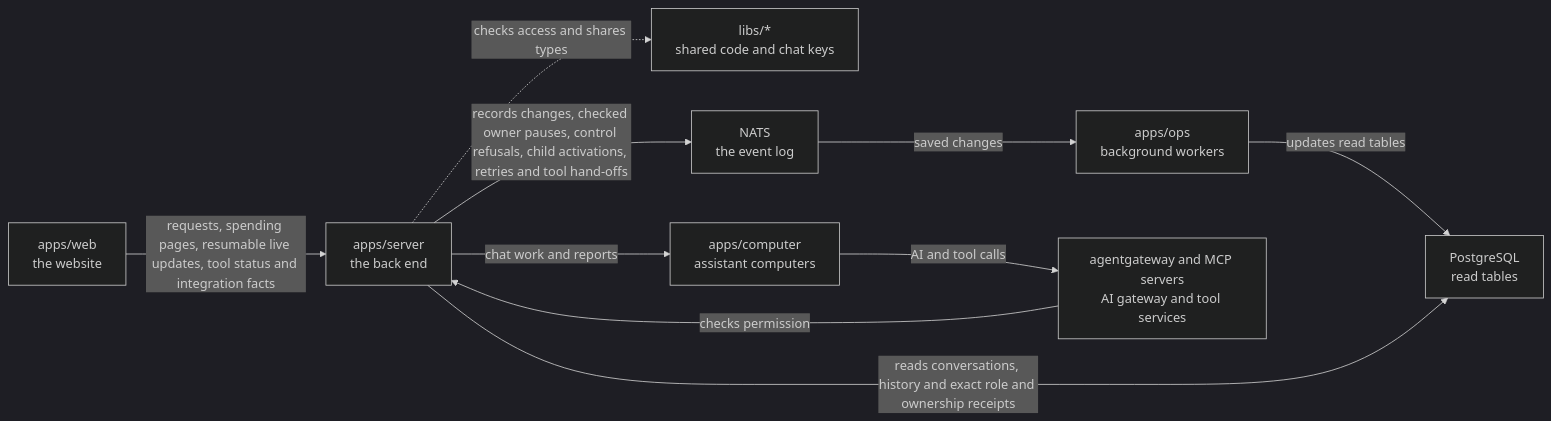
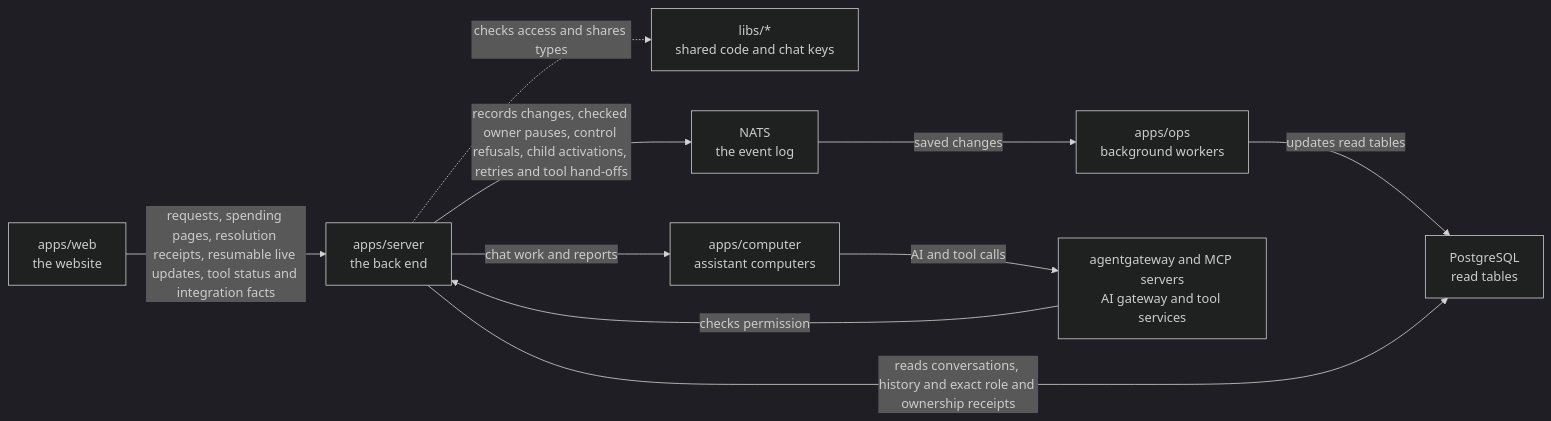
The diagram in apps/server/README.md (elewa-git/opencrane-new), drawn with Mermaid (dark theme) before and after one commit. The commit also changed other lines of this file and 9 other files, not shown here.

Commit message:
🧾 Recover original saved effect resolution receipts

````diff
--- a/apps/server/README.md
+++ b/apps/server/README.md
@@ -35,12 +35,12 @@
 ```mermaid
 flowchart LR
-  web["apps/web<br/>the website"] -->|requests, spending pages, resumable live updates, tool status and integration facts| server["apps/server<br/>the back end"]
+  web["apps/web<br/>the website"] -->|requests, spending pages, resolution receipts, resumable live updates, tool status and integration facts| server["apps/server<br/>the back end"]
   server -.->|checks access and shares types| libs["libs/*<br/>shared code and chat keys"]
   server -->|records changes, checked owner pauses, control refusals, child activations, retries and tool hand-offs| nats["NATS<br/>the event log"]
   nats -->|saved changes| ops["apps/ops<br/>background workers"]
   ops -->|updates read tables| postgres["PostgreSQL<br/>read tables"]
   server -->|reads conversations, history and exact role and ownership receipts| postgres
   server -->|chat work and reports| computer["apps/computer<br/>assistant computers"]
   computer -->|AI and tool calls| runtime["agentgateway and MCP servers<br/>AI gateway and tool services"]
   runtime -->|checks permission| server
 ```
````
